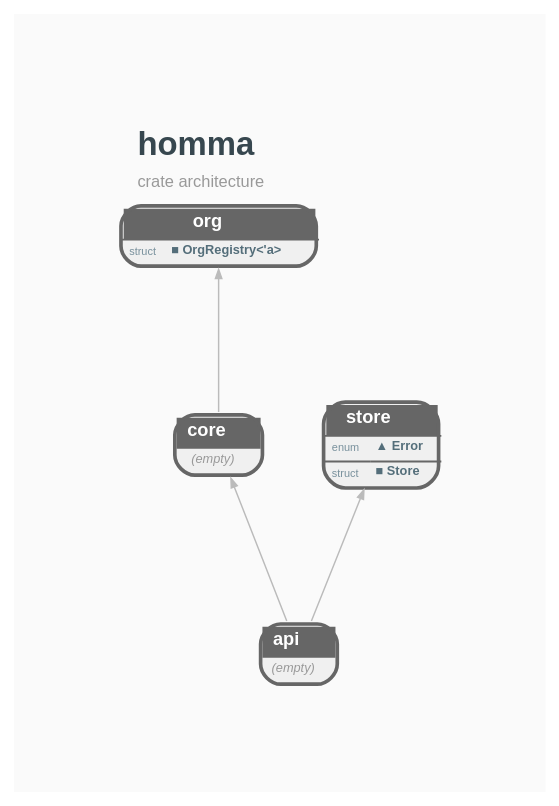
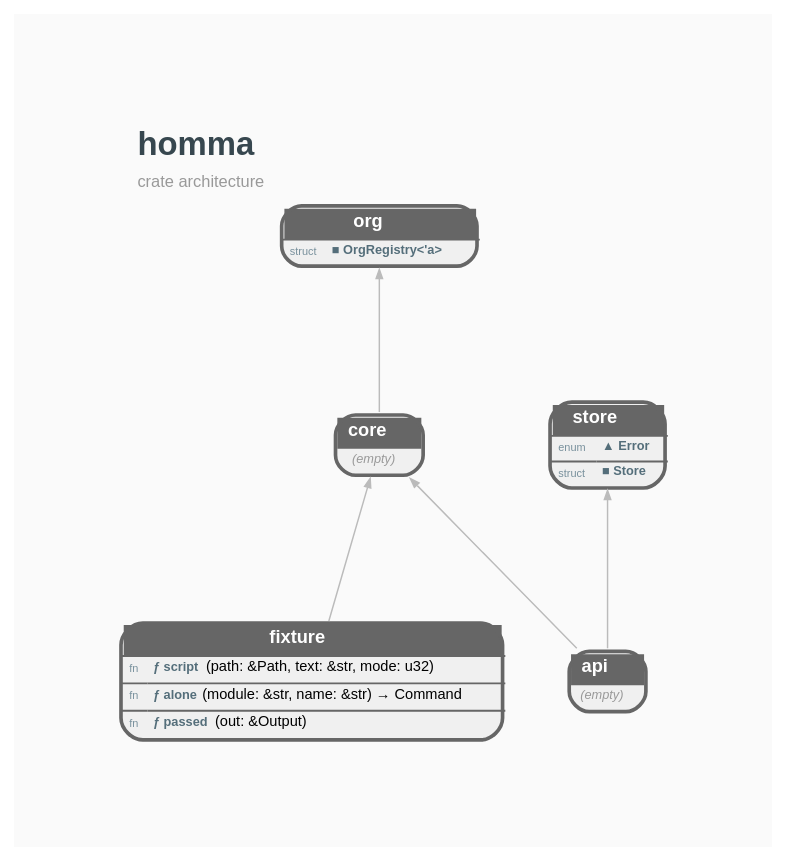
One commit to orgrinrt/homma changed the diagram in docs/STRUCTURE.GRAPH.dot. Above: the diagram before and after it, drawn with Graphviz. The commit also changed 5 other files, not shown here.

```diff
--- a/docs/STRUCTURE.GRAPH.dot
+++ b/docs/STRUCTURE.GRAPH.dot
@@ -1,35 +1,37 @@
 // AUTO-GENERATED: DO NOT EDIT DIRECTLY
 //
 // Generated by: mockspace (mock)
-// Generated at: 2026-10-23T17:35:14Z
+// Generated at: 2026-11-26T18:02:47Z
 // Source: mock/
 // To regenerate: cargo mock
 
 digraph "homma" {
     rankdir=BT;
     newrank=true;
     bgcolor="#FAFAFA";
     graph [fontname="Helvetica", fontsize=10, pad=0.8, nodesep=0.4, ranksep=1.0];
     node [fontname="Helvetica", fontsize=8];
     edge [fontname="Helvetica", fontsize=7, color="#BBBBBB", arrowsize=0.5, penwidth=0.8];
 
     labelloc=t;
     labeljust=l;
     label=<<TABLE BORDER="0" CELLBORDER="0" CELLSPACING="0"><TR><TD ALIGN="LEFT"><FONT POINT-SIZE="18" COLOR="#37474F"><B>homma</B></FONT></TD></TR><TR><TD ALIGN="LEFT"><FONT POINT-SIZE="9" COLOR="#999999">crate architecture</FONT></TD></TR></TABLE>>;
 
     homma_api [shape=none, margin=0, label=<<TABLE BORDER="2" CELLBORDER="0" CELLSPACING="0" CELLPADDING="3" BGCOLOR="#F0F0F0" COLOR="#666666" STYLE="ROUNDED"><TR><TD COLSPAN="2" BGCOLOR="#666666" ALIGN="CENTER"><FONT COLOR="white" POINT-SIZE="10"><B>  api  </B></FONT></TD></TR><TR><TD COLSPAN="2"><FONT COLOR="#999999" POINT-SIZE="7"><I>(empty)</I></FONT></TD></TR></TABLE>>];
     homma_core [shape=none, margin=0, label=<<TABLE BORDER="2" CELLBORDER="0" CELLSPACING="0" CELLPADDING="3" BGCOLOR="#F0F0F0" COLOR="#666666" STYLE="ROUNDED"><TR><TD COLSPAN="2" BGCOLOR="#666666" ALIGN="CENTER"><FONT COLOR="white" POINT-SIZE="10"><B>  core  </B></FONT></TD></TR><TR><TD COLSPAN="2"><FONT COLOR="#999999" POINT-SIZE="7"><I>(empty)</I></FONT></TD></TR></TABLE>>];
+    homma_fixture [shape=none, margin=0, label=<<TABLE BORDER="2" CELLBORDER="0" CELLSPACING="0" CELLPADDING="3" BGCOLOR="#F0F0F0" COLOR="#666666" STYLE="ROUNDED"><TR><TD COLSPAN="2" BGCOLOR="#666666" ALIGN="CENTER"><FONT COLOR="white" POINT-SIZE="10"><B>  fixture  </B></FONT></TD></TR><HR/><TR><TD ALIGN="LEFT"><FONT COLOR="#78909C" POINT-SIZE="6">fn</FONT></TD><TD ALIGN="LEFT" PORT="p_script"><FONT COLOR="#546E7A" POINT-SIZE="7"><B>ƒ script</B></FONT>(path: &amp;Path, text: &amp;str, mode: u32)</TD></TR><HR/><TR><TD ALIGN="LEFT"><FONT COLOR="#78909C" POINT-SIZE="6">fn</FONT></TD><TD ALIGN="LEFT" PORT="p_alone"><FONT COLOR="#546E7A" POINT-SIZE="7"><B>ƒ alone</B></FONT>(module: &amp;str, name: &amp;str) → Command</TD></TR><HR/><TR><TD ALIGN="LEFT"><FONT COLOR="#78909C" POINT-SIZE="6">fn</FONT></TD><TD ALIGN="LEFT" PORT="p_passed"><FONT COLOR="#546E7A" POINT-SIZE="7"><B>ƒ passed</B></FONT>(out: &amp;Output)</TD></TR></TABLE>>];
     homma_org [shape=none, margin=0, label=<<TABLE BORDER="2" CELLBORDER="0" CELLSPACING="0" CELLPADDING="3" BGCOLOR="#F0F0F0" COLOR="#666666" STYLE="ROUNDED"><TR><TD COLSPAN="2" BGCOLOR="#666666" ALIGN="CENTER"><FONT COLOR="white" POINT-SIZE="10"><B>  org  </B></FONT></TD></TR><HR/><TR><TD ALIGN="LEFT"><FONT COLOR="#78909C" POINT-SIZE="6">struct</FONT></TD><TD ALIGN="LEFT" PORT="p_OrgRegistry"><FONT COLOR="#546E7A" POINT-SIZE="7"><B>■ OrgRegistry&lt;'a&gt;</B></FONT></TD></TR></TABLE>>];
     homma_store [shape=none, margin=0, label=<<TABLE BORDER="2" CELLBORDER="0" CELLSPACING="0" CELLPADDING="3" BGCOLOR="#F0F0F0" COLOR="#666666" STYLE="ROUNDED"><TR><TD COLSPAN="2" BGCOLOR="#666666" ALIGN="CENTER"><FONT COLOR="white" POINT-SIZE="10"><B>  store  </B></FONT></TD></TR><HR/><TR><TD ALIGN="LEFT"><FONT COLOR="#78909C" POINT-SIZE="6">enum</FONT></TD><TD ALIGN="LEFT" PORT="p_Error"><FONT COLOR="#546E7A" POINT-SIZE="7"><B>▲ Error</B></FONT></TD></TR><HR/><TR><TD ALIGN="LEFT"><FONT COLOR="#78909C" POINT-SIZE="6">struct</FONT></TD><TD ALIGN="LEFT" PORT="p_Store"><FONT COLOR="#546E7A" POINT-SIZE="7"><B>■ Store</B></FONT></TD></TR></TABLE>>];
 
-    { rank=same; homma_api; } // depth 0
+    { rank=same; homma_api; homma_fixture; } // depth 0
     { rank=same; homma_core; homma_store; } // depth 1
     { rank=same; homma_org; } // depth 2
 
 
     // Dependency edges (transitively reduced)
     homma_api -> homma_core;
+    homma_fixture -> homma_core;
     homma_core -> homma_org;
     homma_api -> homma_store;
 
 }
```
